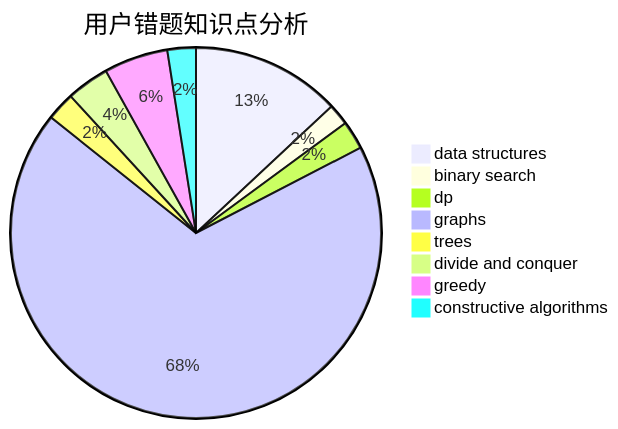
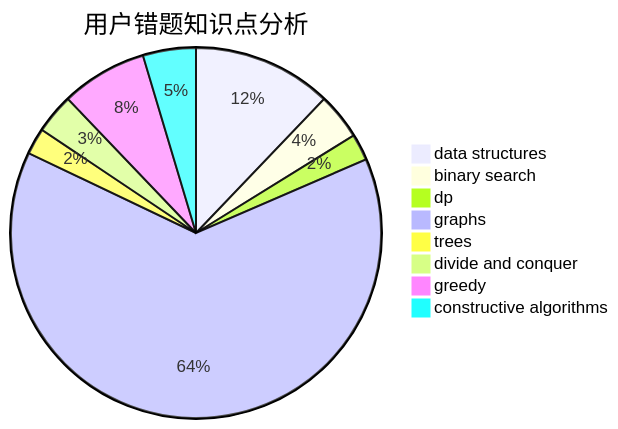
One commit to sherpahu/cfrs.github.io changed the third of 3 diagrams in docs/user/u550.md. Above: the diagram before and after it, drawn with Mermaid. The commit also changed other lines of this file and 2770 other files, not shown here.

````diff
--- a/docs/user/u550.md
+++ b/docs/user/u550.md
@@ -36,11 +36,11 @@
 ```mermaid
 pie title 用户错题知识点分析
     "data structures" :  21
-    "binary search" :  3
+    "binary search" :  7
     "dp" :  4
     "graphs" :  110
     "trees" :  4
     "divide and conquer" :  6
-    "greedy" :  9
-    "constructive algorithms" :  4
+    "greedy" :  13
+    "constructive algorithms" :  8
 ```
````
